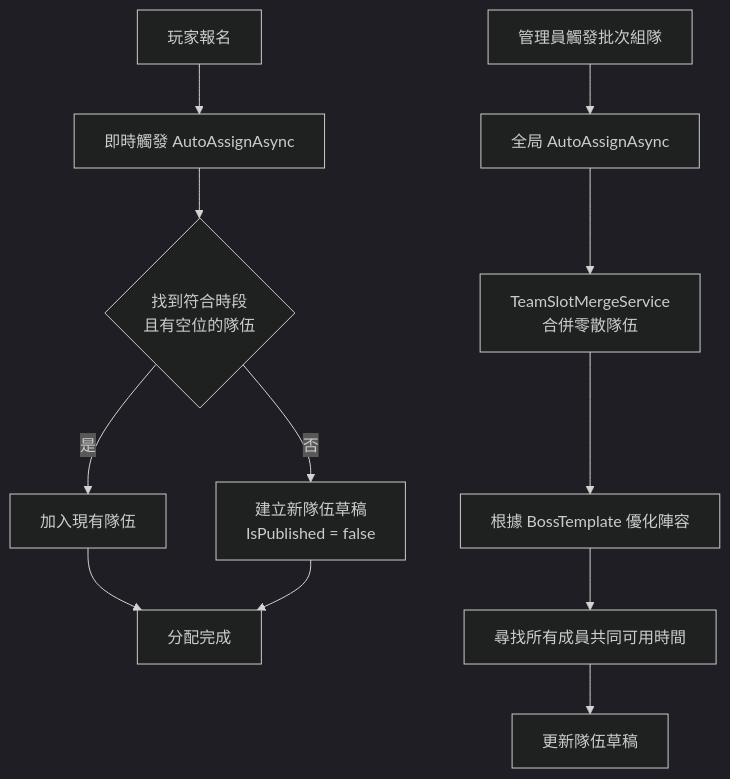
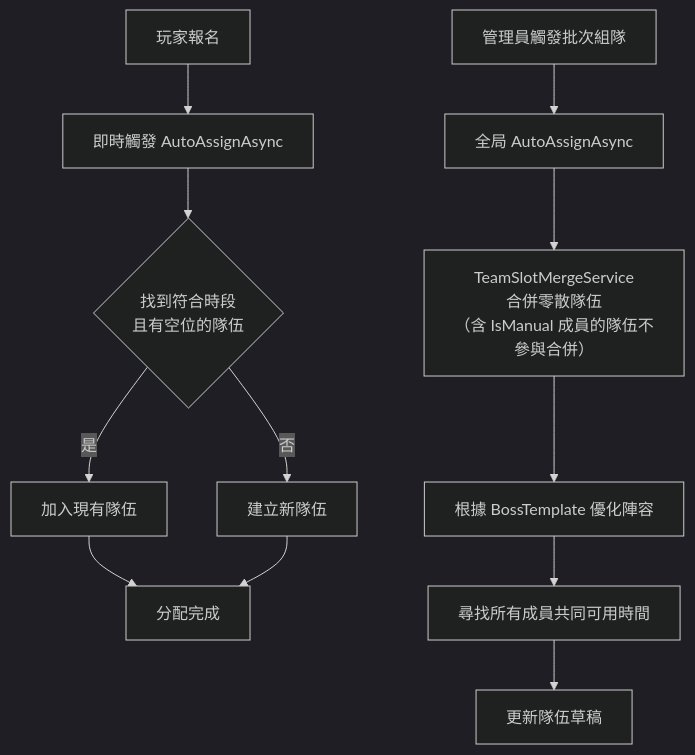
The second of 5 diagrams in docs/architecture.md (MinMiss5678/MapleStoryRaidScheduler), drawn with Mermaid (dark theme) before and after one commit. The commit also changed other lines of this file, not shown here.

First line of the commit message:
docs(arch): 新增 Cloudflare 網路層至架構圖

````diff
--- a/docs/architecture.md
+++ b/docs/architecture.md
@@ -204,15 +206,15 @@
 ```mermaid
 flowchart TD
     A[玩家報名] --> B[即時觸發 AutoAssignAsync]
     B --> C{找到符合時段\n且有空位的隊伍}
     C -->|是| D[加入現有隊伍]
-    C -->|否| E[建立新隊伍草稿\nIsPublished = false]
+    C -->|否| E[建立新隊伍]
     D --> F[分配完成]
     E --> F
 
     G[管理員觸發批次組隊] --> H[全局 AutoAssignAsync]
-    H --> I[TeamSlotMergeService\n合併零散隊伍]
+    H --> I[TeamSlotMergeService\n合併零散隊伍\n（含 IsManual 成員的隊伍不參與合併）]
     I --> J[根據 BossTemplate 優化陣容]
     J --> K[尋找所有成員共同可用時間]
     K --> L[更新隊伍草稿]
 ```
````
